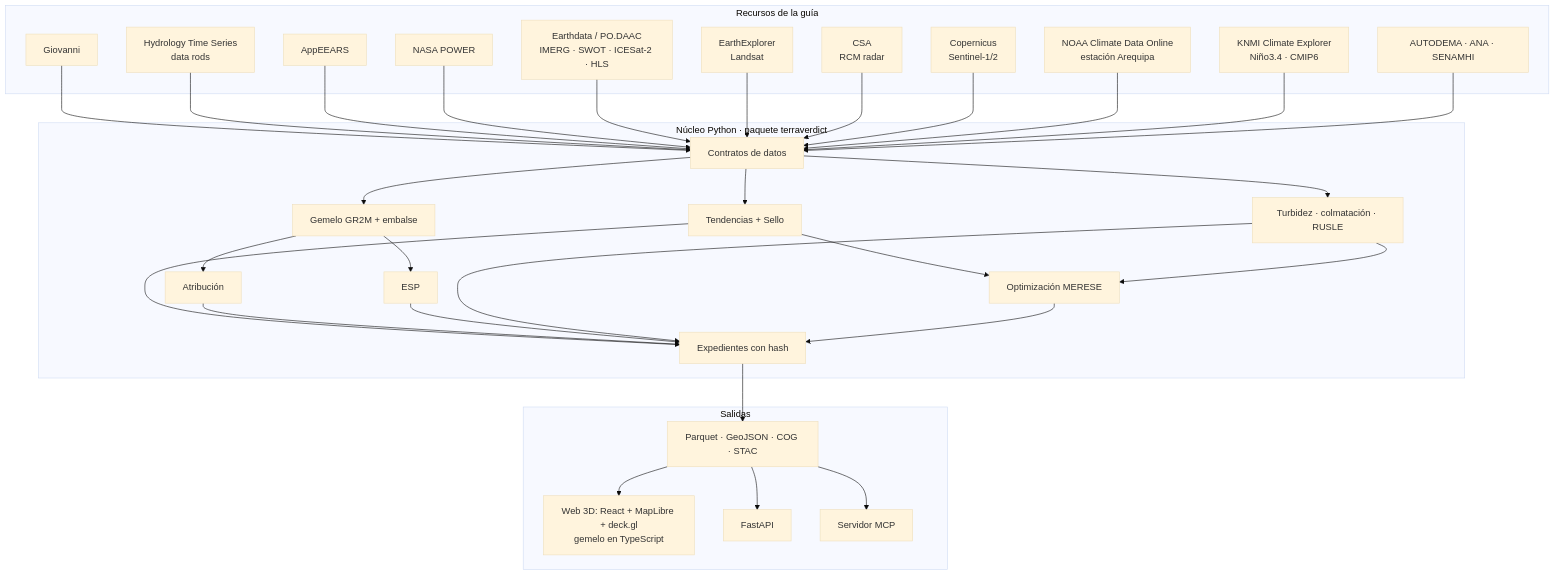
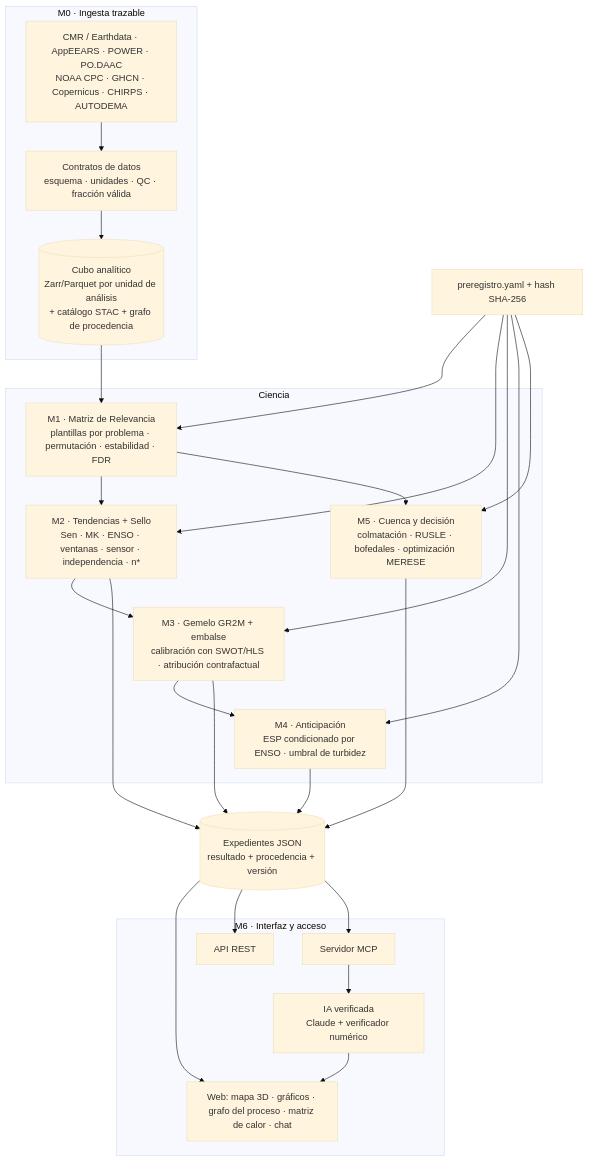
Before and after one commit to DiegoNiS/terraverdict: the diagram in readme.md, drawn with Mermaid (base theme). The commit also changed other lines of this file and 9 other files, not shown here.

First line of the commit message:
Propuesta final integrada con verificación real de fuentes y primer análisis

````diff
--- a/readme.md
+++ b/readme.md
@@ -385,23 +126,26 @@
 ```mermaid
 flowchart TB
-    subgraph Fuentes["Recursos de la guía"]
-        G[Giovanni] & HT[Hydrology Time Series<br/>data rods] & AP[AppEEARS] & PW[NASA POWER]
-        ED[Earthdata / PO.DAAC<br/>IMERG · SWOT · ICESat-2 · HLS] & EE[EarthExplorer<br/>Landsat] & CSA[CSA<br/>RCM radar] & CP[Copernicus<br/>Sentinel-1/2]
-        CDO[NOAA Climate Data Online<br/>estación Arequipa] & KN[KNMI Climate Explorer<br/>Niño3.4 · CMIP6]
-        LOC[AUTODEMA · ANA · SENAMHI]
+    subgraph M0["M0 · Ingesta trazable"]
+        SRC[CMR / Earthdata · AppEEARS · POWER · PO.DAAC<br/>NOAA CPC · GHCN · Copernicus · CHIRPS · AUTODEMA]
+        SRC --> CT[Contratos de datos<br/>esquema · unidades · QC · fracción válida]
+        CT --> CUBE[(Cubo analítico<br/>Zarr/Parquet por unidad de análisis<br/>+ catálogo STAC + grafo de procedencia)]
     end
-    subgraph Nucleo["Núcleo Python · paquete terraverdict"]
-        V[Contratos de datos] --> T[Tendencias + Sello]
-        V --> H[Gemelo GR2M + embalse] --> A[Atribución] & F[ESP]
-        V --> Z[Turbidez · colmatación · RUSLE]
-        T & Z --> O[Optimización MERESE]
-        T & A & F & Z & O --> X[Expedientes con hash]
+    subgraph Ciencia
+        M1[M1 · Matriz de Relevancia<br/>plantillas por problema · permutación · estabilidad · FDR]
+        M2[M2 · Tendencias + Sello<br/>Sen · MK · ENSO · ventanas · sensor · independencia · n*]
+        M3[M3 · Gemelo GR2M + embalse<br/>calibración con SWOT/HLS · atribución contrafactual]
+        M4[M4 · Anticipación<br/>ESP condicionado por ENSO · umbral de turbidez]
+        M5[M5 · Cuenca y decisión<br/>colmatación · RUSLE · bofedales · optimización MERESE]
     end
-    subgraph Salidas
-        S[Parquet · GeoJSON · COG · STAC]
-        W[Web 3D: React + MapLibre + deck.gl<br/>gemelo en TypeScript]
-        API[FastAPI] & MCP[Servidor MCP]
+    PRE[preregistro.yaml + hash SHA-256] --> M1 & M2 & M3 & M4 & M5
+    CUBE --> M1 --> M2 --> M3 --> M4
+    M1 --> M5
+    M2 & M3 & M4 & M5 --> EXP[(Expedientes JSON<br/>resultado + procedencia + versión)]
+    subgraph M6["M6 · Interfaz y acceso"]
+        UI[Web: mapa 3D · gráficos · grafo del proceso · matriz de calor · chat]
+        API[API REST] & MCP[Servidor MCP]
+        IA[IA verificada<br/>Claude + verificador numérico]
     end
-    G & HT & AP & PW & ED & EE & CSA & CP & CDO & KN & LOC --> V
-    X --> S --> W & API & MCP
+    EXP --> UI & API & MCP
+    MCP --> IA --> UI
 ```
````
